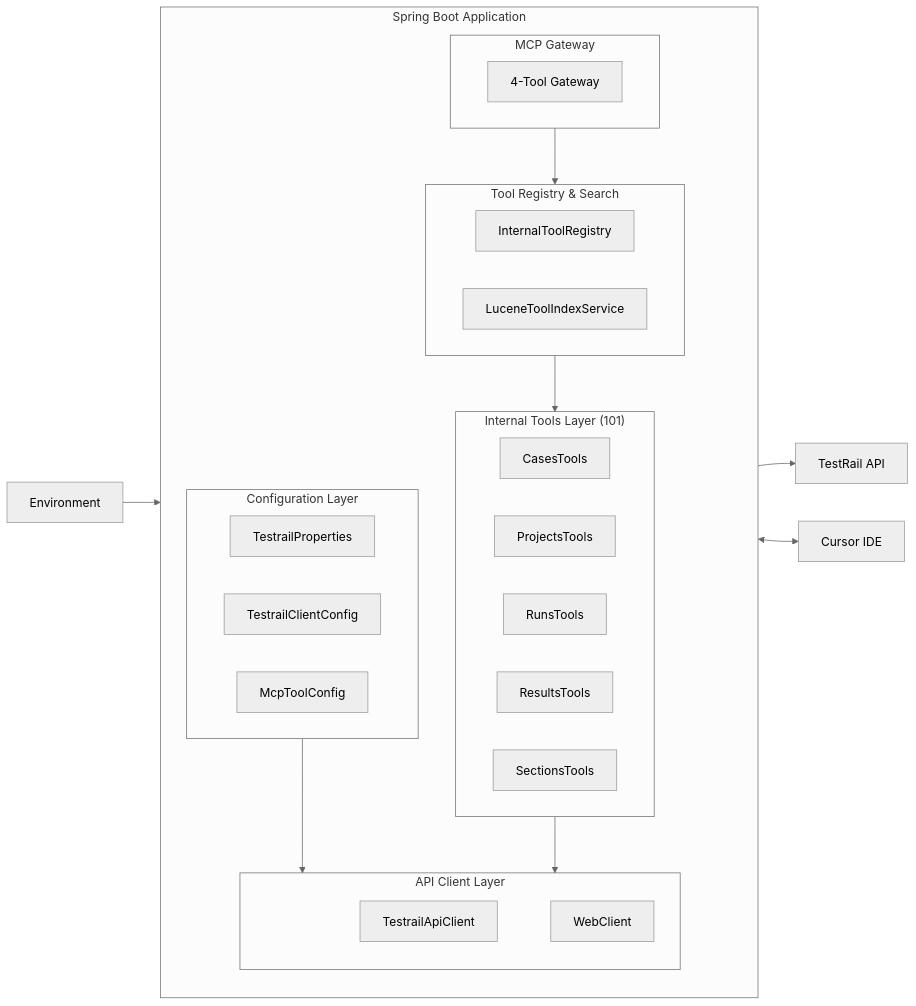
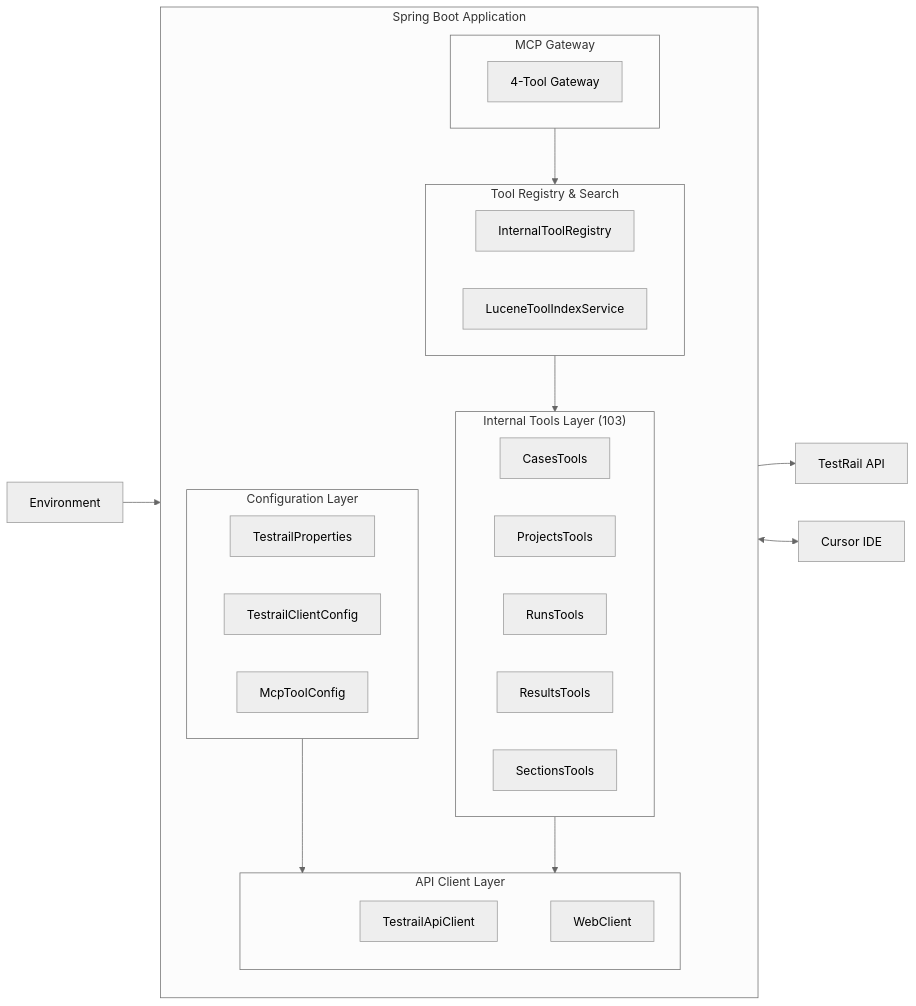
One commit to maheshyaddanapudi/testrail-mcp-server changed the second of 2 diagrams in README.md. Above: the diagram before and after it, drawn with Mermaid (neutral theme). The commit also changed other lines of this file and 2 other files, not shown here.

````diff
--- a/README.md
+++ b/README.md
@@ -100,44 +99,44 @@
 ```mermaid
 flowchart LR
     subgraph SpringBoot["Spring Boot Application"]
         direction TB
 
         subgraph Config["Configuration Layer"]
             TP[TestrailProperties]
             TCC[TestrailClientConfig]
             MCC[McpToolConfig]
         end
 
         subgraph Client["API Client Layer"]
             TAC[TestrailApiClient]
             WC[WebClient]
         end
 
         subgraph RegistryLayer["Tool Registry & Search"]
             Registry[InternalToolRegistry]
             Lucene[LuceneToolIndexService]
         end
 
         subgraph McpLayer["MCP Gateway"]
             McpExposed[4-Tool Gateway]
         end
 
-        subgraph ToolsLayer["Internal Tools Layer (101)"]
+        subgraph ToolsLayer["Internal Tools Layer (103)"]
             direction LR
             CT[CasesTools]
             PT[ProjectsTools]
             RT[RunsTools]
             RST[ResultsTools]
             ST[SectionsTools]
         end
 
         Config --> Client
         RegistryLayer --> ToolsLayer
         McpLayer --> RegistryLayer
         ToolsLayer --> Client
     end
 
     ENV[Environment] --> Config
     TAC --> API[TestRail API]
     McpLayer <--> Cursor[Cursor IDE]
 ```
````
